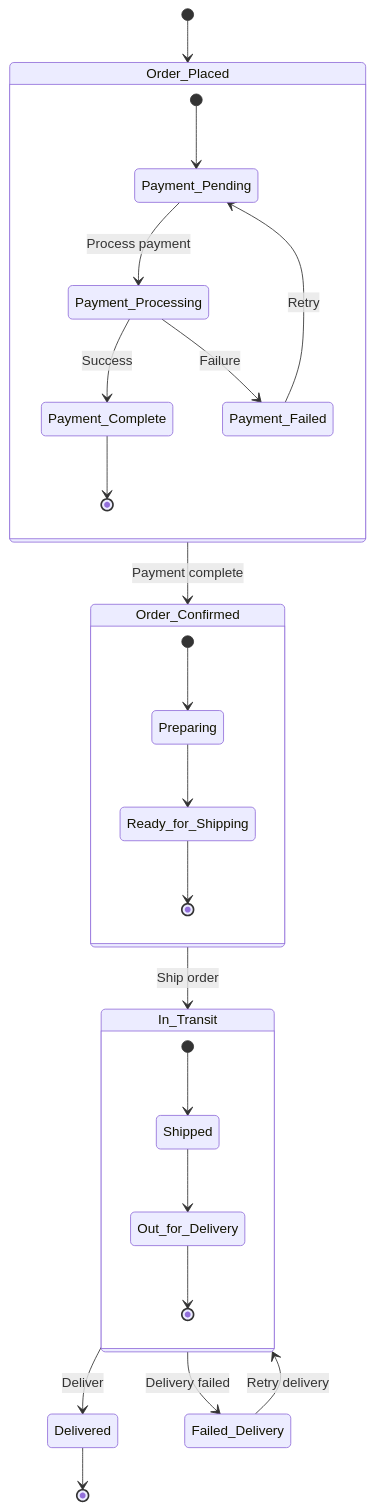
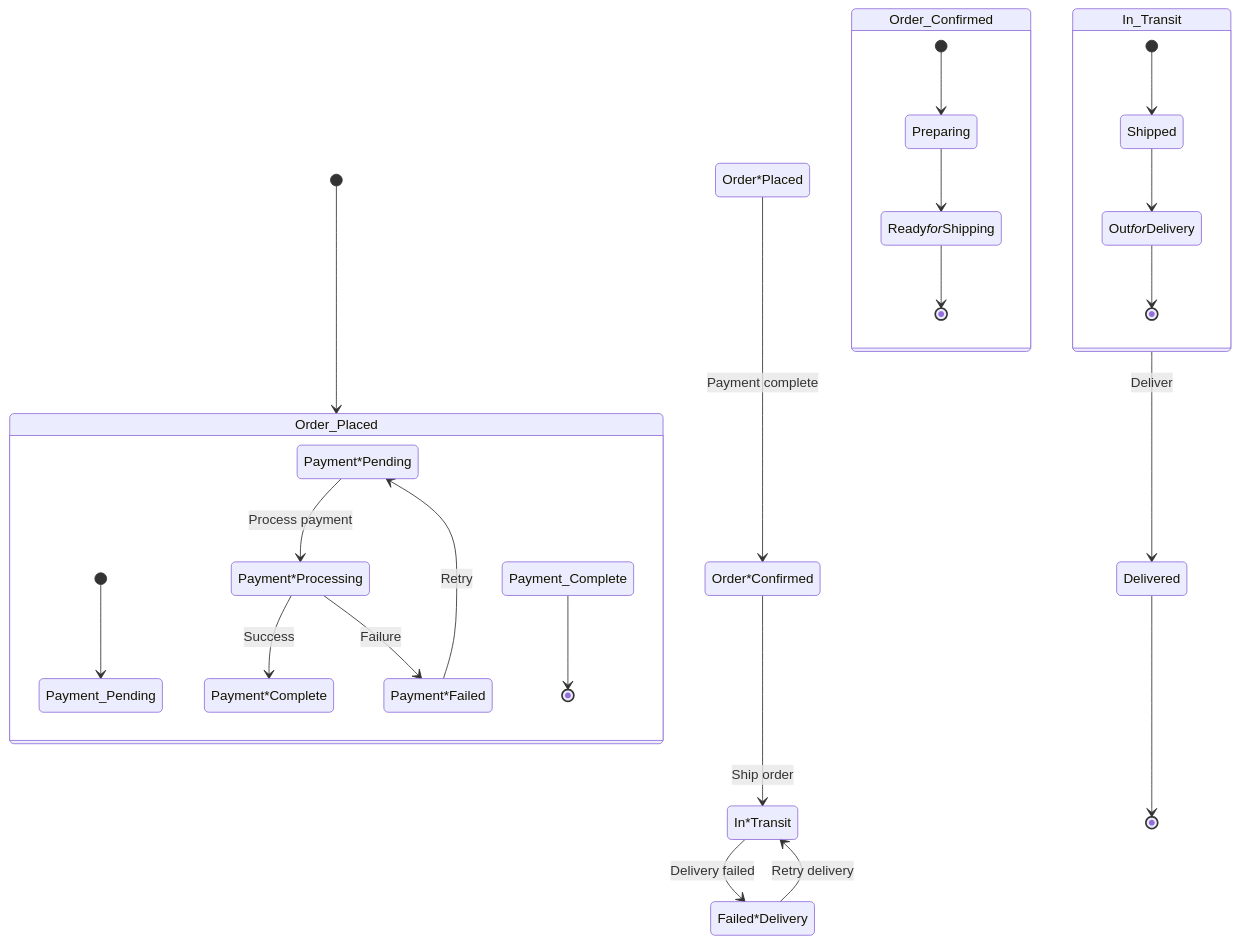
The eighth of 24 diagrams in docs/methodologies/common/MERMAID-DIAGRAM-PATTERNS.md (RickCogley/aichaku), drawn with Mermaid before and after one commit. The commit also changed other lines of this file and 242 other files, not shown here.

````diff
--- a/docs/methodologies/common/MERMAID-DIAGRAM-PATTERNS.md
+++ b/docs/methodologies/common/MERMAID-DIAGRAM-PATTERNS.md
@@ -248,34 +248,34 @@
 ```mermaid
 stateDiagram-v2
     [*] --> Order_Placed
-    
+
     state Order_Placed {
         [*] --> Payment_Pending
-        Payment_Pending --> Payment_Processing: Process payment
-        Payment_Processing --> Payment_Complete: Success
-        Payment_Processing --> Payment_Failed: Failure
-        Payment_Failed --> Payment_Pending: Retry
+        Payment*Pending --> Payment*Processing: Process payment
+        Payment*Processing --> Payment*Complete: Success
+        Payment*Processing --> Payment*Failed: Failure
+        Payment*Failed --> Payment*Pending: Retry
         Payment_Complete --> [*]
     }
-    
-    Order_Placed --> Order_Confirmed: Payment complete
-    
+
+    Order*Placed --> Order*Confirmed: Payment complete
+
     state Order_Confirmed {
         [*] --> Preparing
-        Preparing --> Ready_for_Shipping
-        Ready_for_Shipping --> [*]
+        Preparing --> Ready*for*Shipping
+        Ready*for*Shipping --> [*]
     }
-    
-    Order_Confirmed --> In_Transit: Ship order
-    
+
+    Order*Confirmed --> In*Transit: Ship order
+
     state In_Transit {
         [*] --> Shipped
-        Shipped --> Out_for_Delivery
-        Out_for_Delivery --> [*]
+        Shipped --> Out*for*Delivery
+        Out*for*Delivery --> [*]
     }
-    
+
     In_Transit --> Delivered: Deliver
-    In_Transit --> Failed_Delivery: Delivery failed
-    Failed_Delivery --> In_Transit: Retry delivery
+    In*Transit --> Failed*Delivery: Delivery failed
+    Failed*Delivery --> In*Transit: Retry delivery
     Delivered --> [*]
 ```
````
